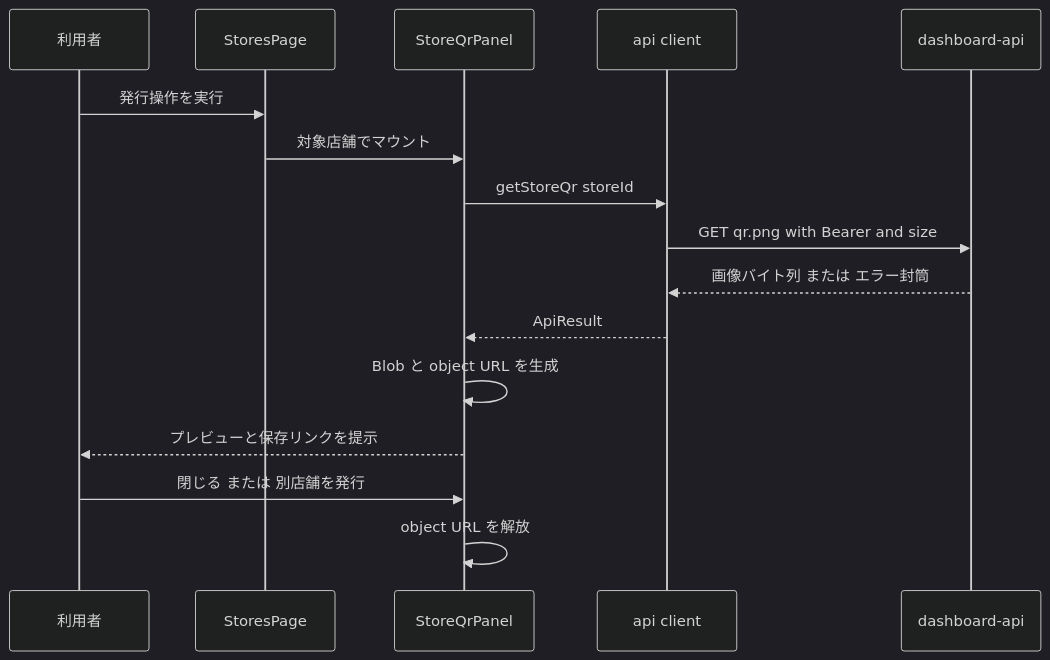
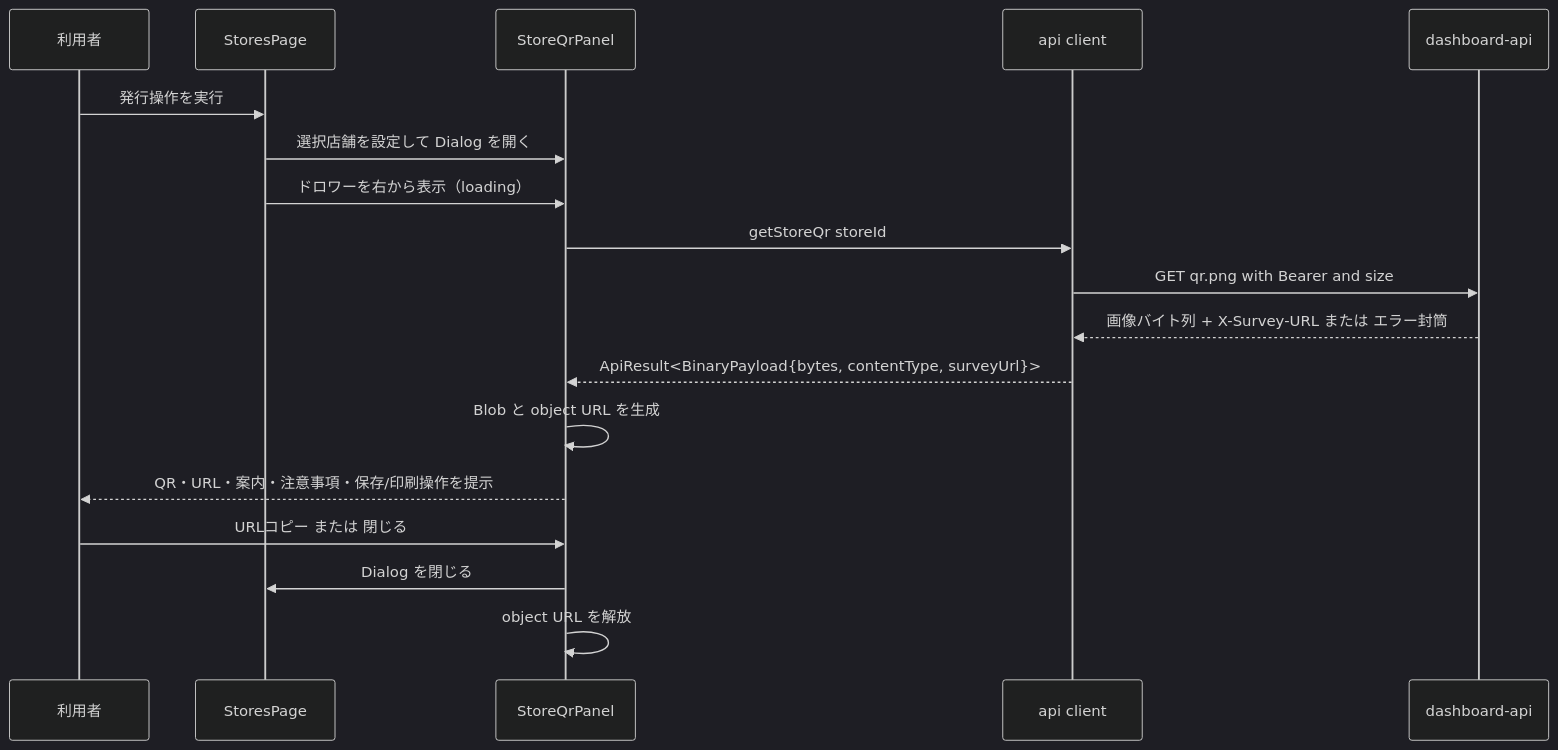
Before and after one commit to ManatoYamashita/fw-line-meo: the second of 3 diagrams in .kiro/specs/store-qr-issuance-ui/design.md, drawn with Mermaid (dark theme). The commit also changed other lines of this file and 25 other files, not shown here.

````diff
--- a/.kiro/specs/store-qr-issuance-ui/design.md
+++ b/.kiro/specs/store-qr-issuance-ui/design.md
@@ -149,18 +169,20 @@
 ```mermaid
 sequenceDiagram
     participant U as 利用者
     participant P as StoresPage
     participant Q as StoreQrPanel
     participant A as api client
     participant S as dashboard-api
     U->>P: 発行操作を実行
-    P->>Q: 対象店舗でマウント
+    P->>Q: 選択店舗を設定して Dialog を開く
+    P->>Q: ドロワーを右から表示（loading）
     Q->>A: getStoreQr storeId
     A->>S: GET qr.png with Bearer and size
-    S-->>A: 画像バイト列 または エラー封筒
-    A-->>Q: ApiResult
+    S-->>A: 画像バイト列 + X-Survey-URL または エラー封筒
+    A-->>Q: ApiResult<BinaryPayload{bytes, contentType, surveyUrl}>
     Q->>Q: Blob と object URL を生成
-    Q-->>U: プレビューと保存リンクを提示
-    U->>Q: 閉じる または 別店舗を発行
+    Q-->>U: QR・URL・案内・注意事項・保存/印刷操作を提示
+    U->>Q: URLコピー または 閉じる
+    Q->>P: Dialog を閉じる
     Q->>Q: object URL を解放
 ```
````
